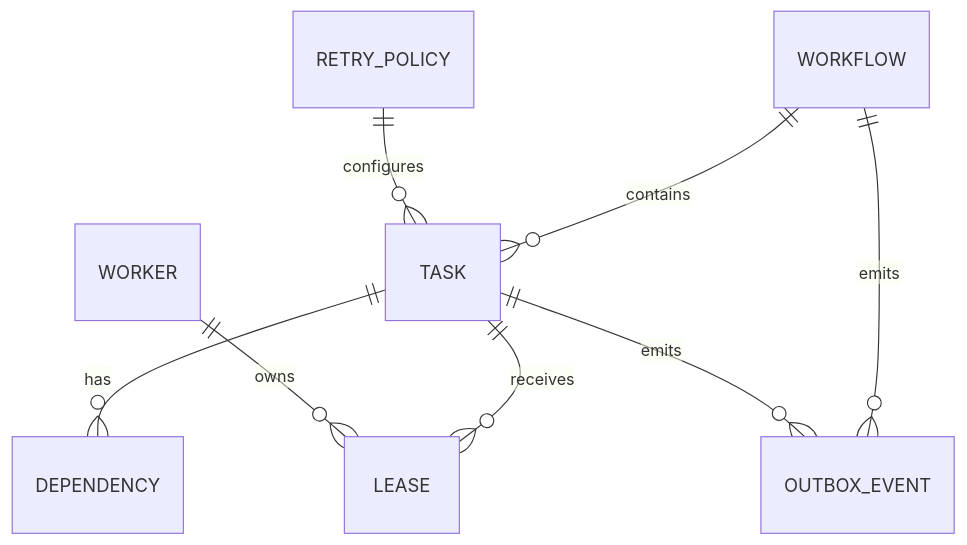
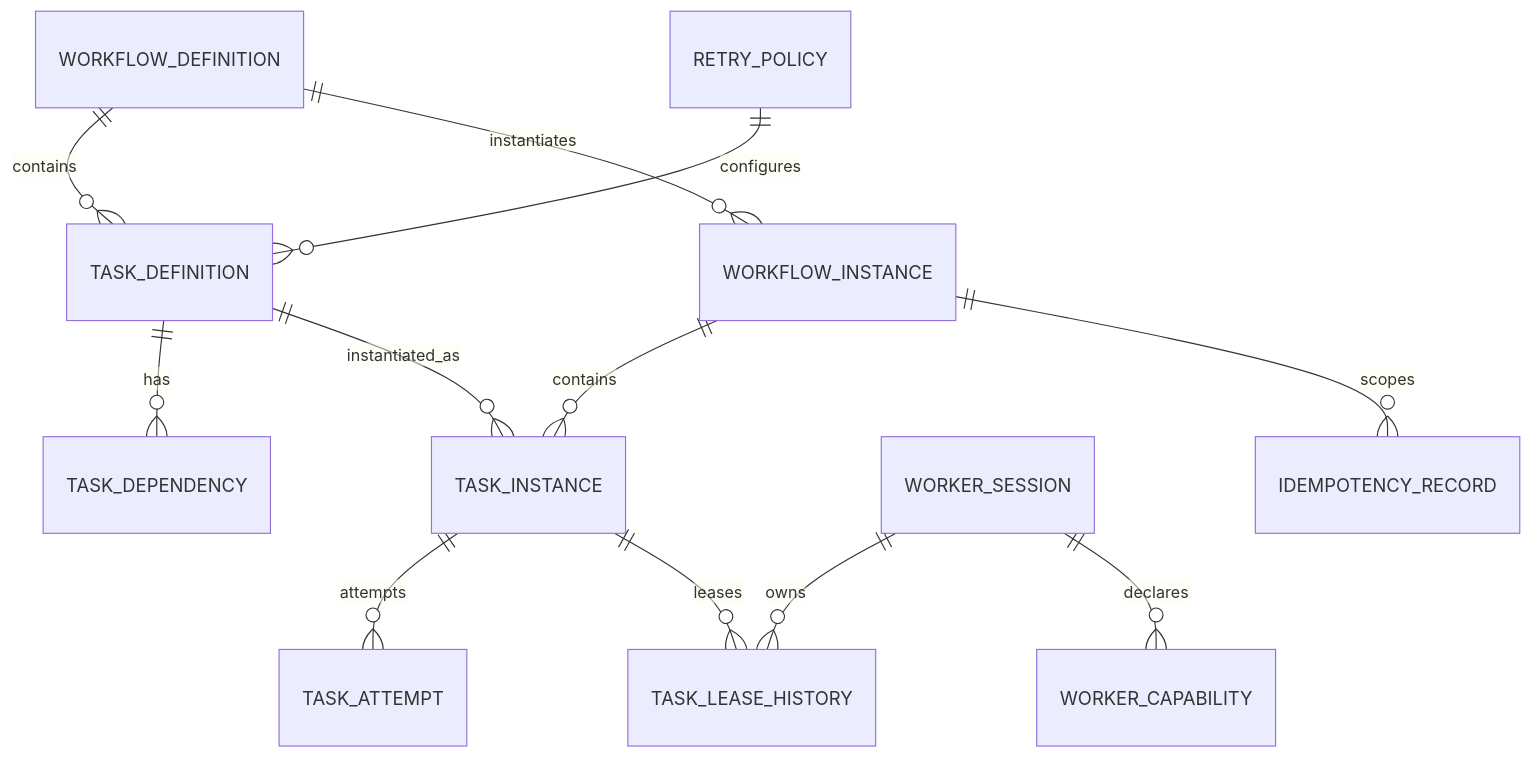
The diagram in docs/03-data-model-proposal.md (ashish-2141/flowforge-engine), drawn with Mermaid before and after one commit. The commit also changed other lines of this file, not shown here.

Commit message:
docs: redesign data model around definitions instances and attempts

````diff
--- a/docs/03-data-model-proposal.md
+++ b/docs/03-data-model-proposal.md
@@ -127,10 +289,14 @@
 ```mermaid
 erDiagram
-    WORKFLOW ||--o{ TASK : contains
-    TASK ||--o{ DEPENDENCY : has
-    TASK ||--o{ LEASE : receives
-    WORKER ||--o{ LEASE : owns
-    RETRY_POLICY ||--o{ TASK : configures
-    WORKFLOW ||--o{ OUTBOX_EVENT : emits
-    TASK ||--o{ OUTBOX_EVENT : emits
+    WORKFLOW_DEFINITION ||--o{ TASK_DEFINITION : contains
+    TASK_DEFINITION ||--o{ TASK_DEPENDENCY : has
+    WORKFLOW_DEFINITION ||--o{ WORKFLOW_INSTANCE : instantiates
+    WORKFLOW_INSTANCE ||--o{ TASK_INSTANCE : contains
+    TASK_DEFINITION ||--o{ TASK_INSTANCE : instantiated_as
+    TASK_INSTANCE ||--o{ TASK_ATTEMPT : attempts
+    TASK_INSTANCE ||--o{ TASK_LEASE_HISTORY : leases
+    WORKER_SESSION ||--o{ TASK_LEASE_HISTORY : owns
+    WORKER_SESSION ||--o{ WORKER_CAPABILITY : declares
+    RETRY_POLICY ||--o{ TASK_DEFINITION : configures
+    WORKFLOW_INSTANCE ||--o{ IDEMPOTENCY_RECORD : scopes
 ```
````
